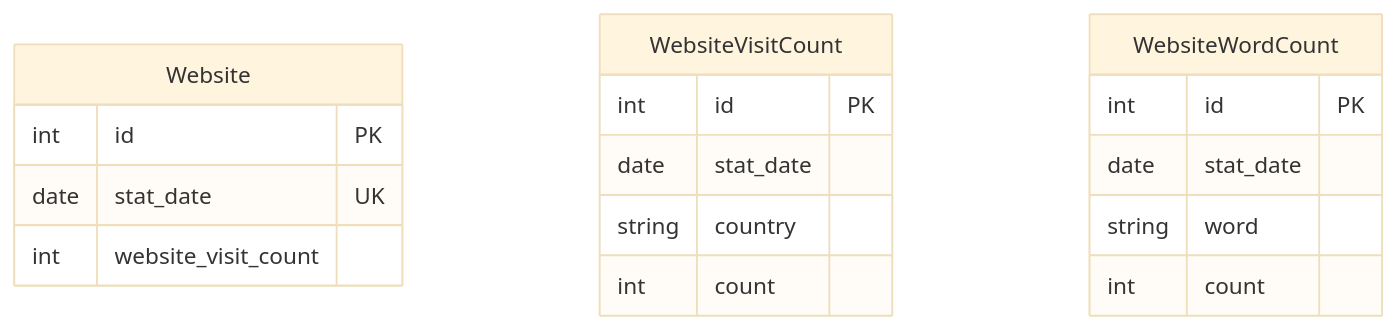
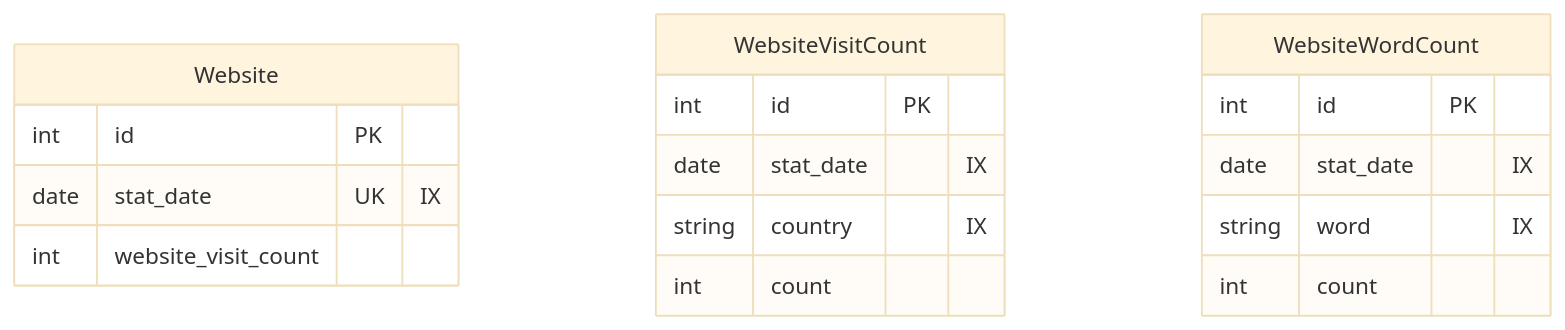
Before and after one commit to CppDigest/cppa-unified-dashboard: the tenth of 11 diagrams in UnifiedDashboard/GoogleCloudSQLSchema/google_cloud_sql_schema.md, drawn with Mermaid (base theme). The commit also changed other lines of this file, not shown here.

Commit message:
#148 - Update the schema according to review feedback

````diff
--- a/UnifiedDashboard/GoogleCloudSQLSchema/google_cloud_sql_schema.md
+++ b/UnifiedDashboard/GoogleCloudSQLSchema/google_cloud_sql_schema.md
@@ -525,22 +596,22 @@
 ```mermaid
 erDiagram
     Website {
         int id PK
-        date stat_date UK
+        date stat_date UK "IX"
         int website_visit_count
     }
 
     WebsiteVisitCount {
         int id PK
-        date stat_date
-        string country
+        date stat_date "IX"
+        string country "IX"
         int count
     }
 
     WebsiteWordCount {
         int id PK
-        date stat_date
-        string word
+        date stat_date "IX"
+        string word "IX"
         int count
     }
 ```
````
